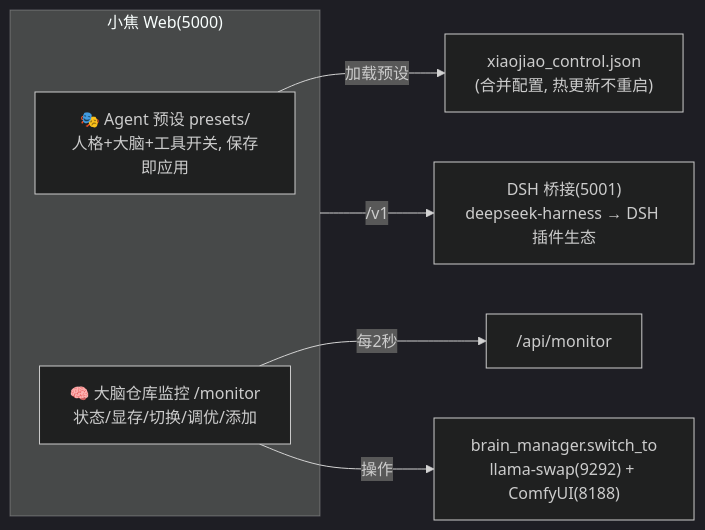
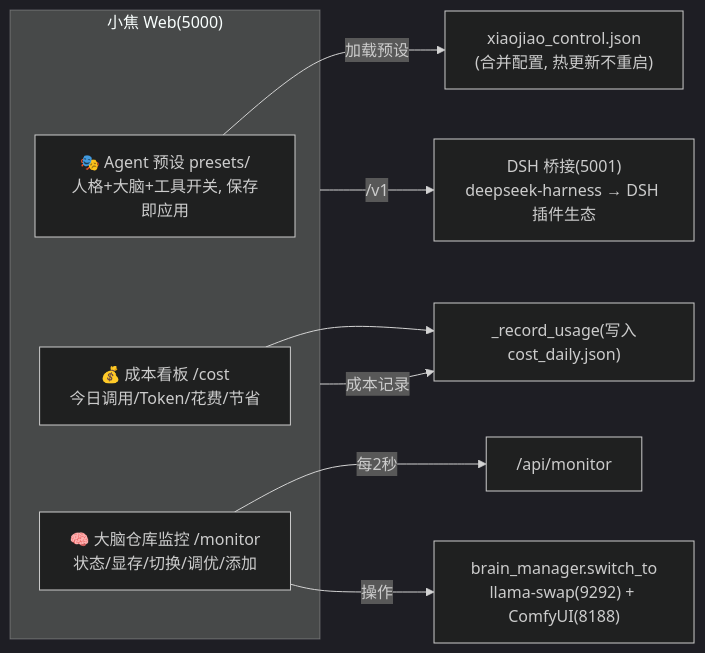
Before and after one commit to jiangchuangege/xiaojiao-harness: the second of 3 diagrams in docs/architecture.md, drawn with Mermaid (dark theme). The commit also changed other lines of this file and 31 other files, not shown here.

````diff
--- a/docs/architecture.md
+++ b/docs/architecture.md
@@ -186,11 +186,14 @@
 ```mermaid
 flowchart LR
     subgraph XJ["小焦 Web(5000)"]
         P["🎭 Agent 预设 presets/<br/>人格+大脑+工具开关, 保存即应用"]
         M["🧠 大脑仓库监控 /monitor<br/>状态/显存/切换/调优/添加"]
+        COST["💰 成本看板 /cost<br/>今日调用/Token/花费/节省"]
     end
     P -->|加载预设| C["xiaojiao_control.json<br/>(合并配置, 热更新不重启)"]
     M -->|每2秒| A["/api/monitor"]
     M -->|操作| B["brain_manager.switch_to<br/>llama-swap(9292) + ComfyUI(8188)"]
     XJ -->|/v1| D["DSH 桥接(5001)<br/>deepseek-harness → DSH 插件生态"]
+    XJ -->|成本记录| J["_record_usage(写入cost_daily.json)"]
+    COST --> J
 ```
````
